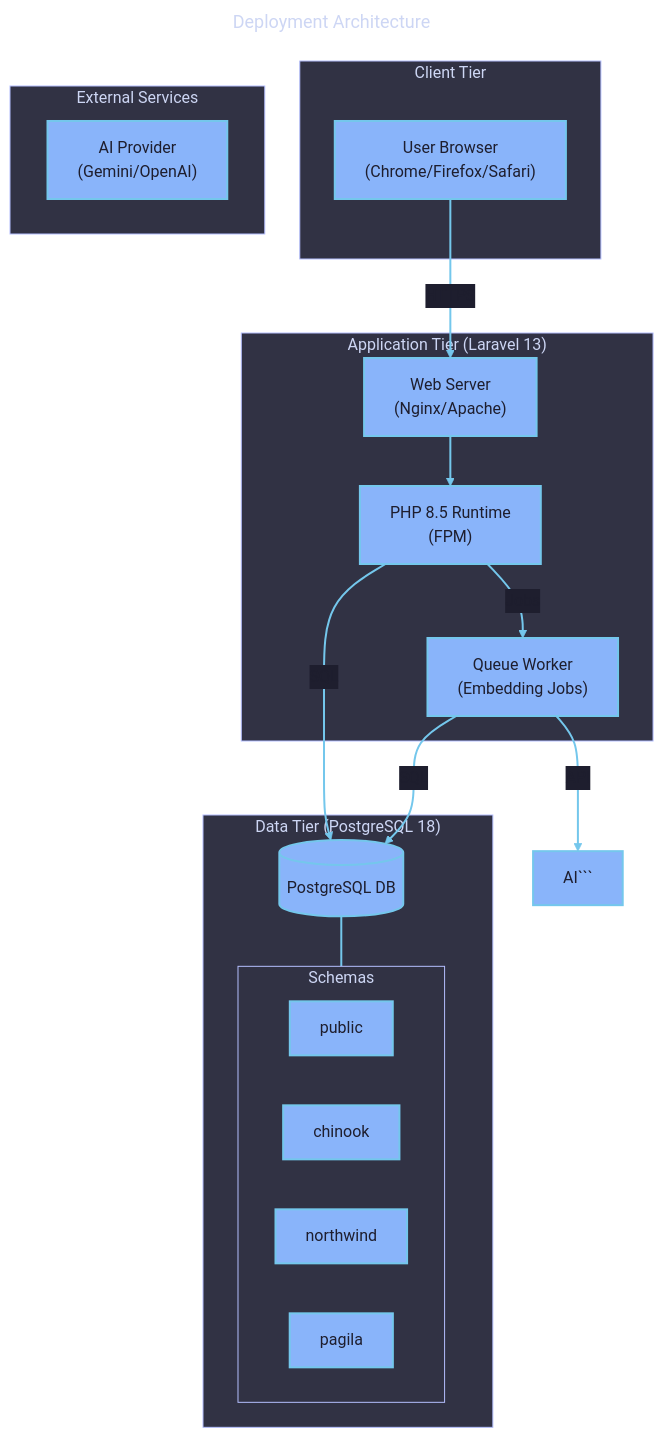
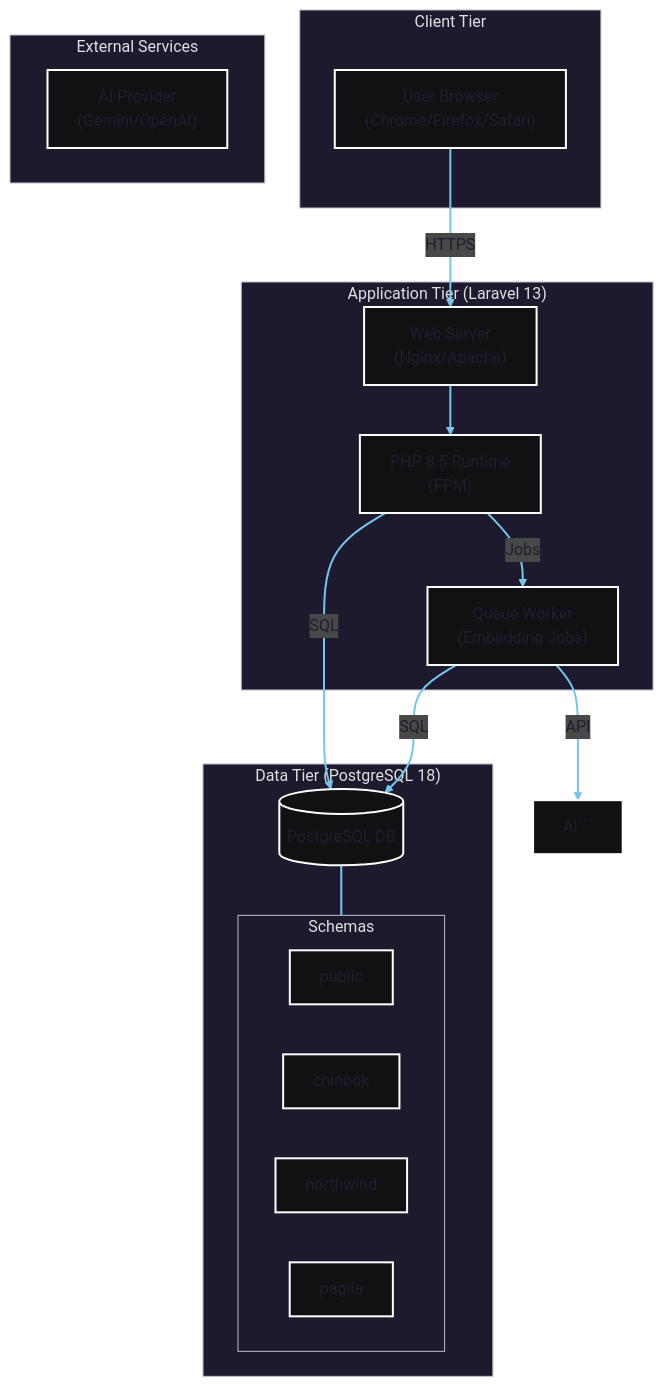
One commit to s-a-c/samples-20260717 changed the second of 2 diagrams in docs/10-architecture/1004-solution-architecture.md. Above: the diagram before and after it, drawn with Mermaid. The commit also changed other lines of this file and 2157 other files, not shown here.

`````diff
--- a/docs/10-architecture/1004-solution-architecture.md
+++ b/docs/10-architecture/1004-solution-architecture.md
@@ -150,66 +128,46 @@
 ````mermaid
 ---
-title: Deployment Architecture
 config:
   theme: redux-dark-color
   themeVariables:
     background: "#1e1e2e"
     primaryColor: "#89b4fa"
     primaryTextColor: "#1e1e2e"
     primaryBorderColor: "#74c7ec"
     lineColor: "#74c7ec"
-    secondaryColor: "#cba6f7"
-    secondaryTextColor: "#1e1e2e"
-    secondaryBorderColor: "#b4befe"
-    tertiaryColor: "#94e2d5"
-    tertiaryTextColor: "#1e1e2e"
-    tertiaryBorderColor: "#89dceb"
-    mainBkg: "#89b4fa"
-    secondBkg: "#cba6f7"
-    tertiaryBkg: "#94e2d5"
     textColor: "#cdd6f4"
-    nodeBorder: "#74c7ec"
-    clusterBkg: "#313244"
-    clusterBorder: "#b4befe"
-    edgeLabelBackground: "#1e1e2e"
-    titleColor: "#cdd6f4"
     fontSize: 16px
-  themeCSS: |
-    .node rect, .node circle, .node ellipse, .node polygon, .node path { stroke-width: 2px !important; }
-    .edgePath .path { stroke-width: 2px !important; }
-    .label { font-weight: bold !important; }
-    .edgeLabel { background-color: #1e1e2e !important; }
 ---
 flowchart TD
     subgraph Client["Client Tier"]
         Browser["User Browser<br/>(Chrome/Firefox/Safari)"]
     end
 
     subgraph AppServer["Application Tier (Laravel 13)"]
         Web["Web Server<br/>(Nginx/Apache)"]
         PHP["PHP 8.5 Runtime<br/>(FPM)"]
         Queue["Queue Worker<br/>(Embedding Jobs)"]
     end
 
     subgraph DataTier["Data Tier (PostgreSQL 18)"]
         DB[(PostgreSQL DB)]
         subgraph Schemas["Schemas"]
             Pub[public]
             Chi[chinook]
             Nor[northwind]
             Pag[pagila]
         end
         DB --- Schemas
     end
 
     subgraph External["External Services"]
         AI["AI Provider<br/>(Gemini/OpenAI)"]
     end
 
     Browser -->|HTTPS| Web
     Web --> PHP
     PHP -->|SQL| DB
     PHP -->|Jobs| Queue
     Queue -->|SQL| DB
     Queue -->|API| AI```
 ````
`````
